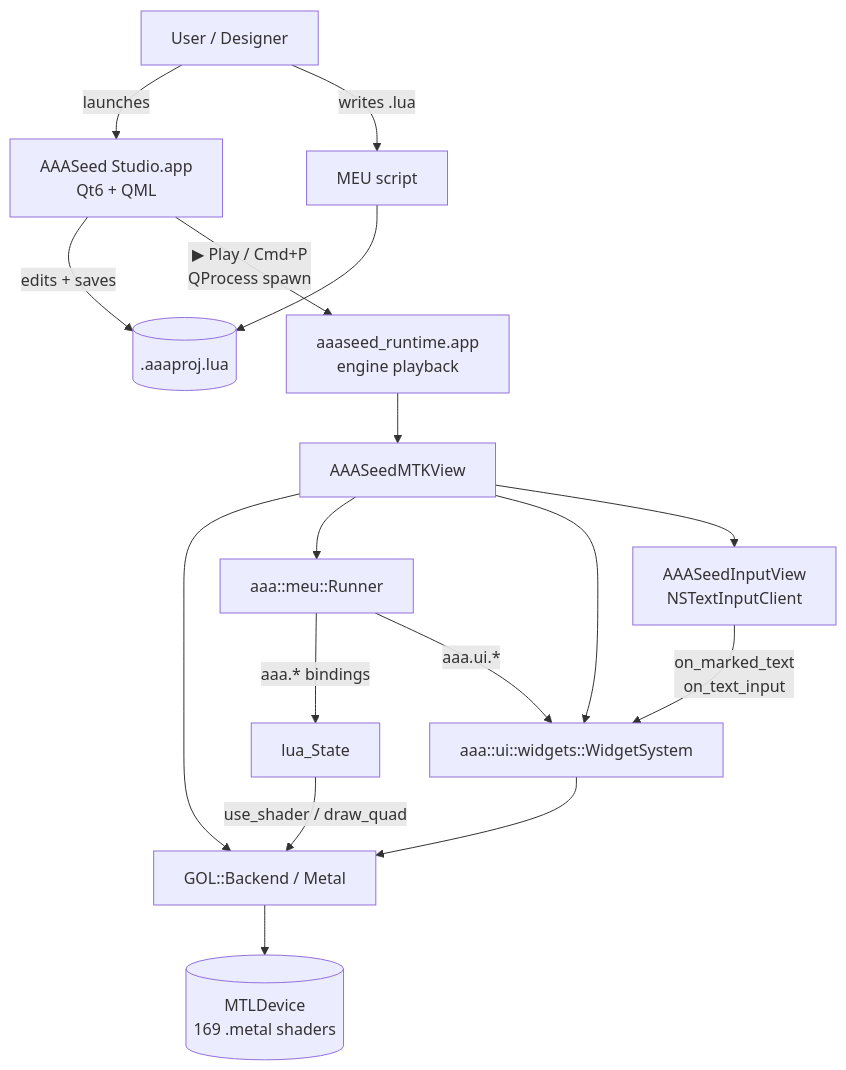
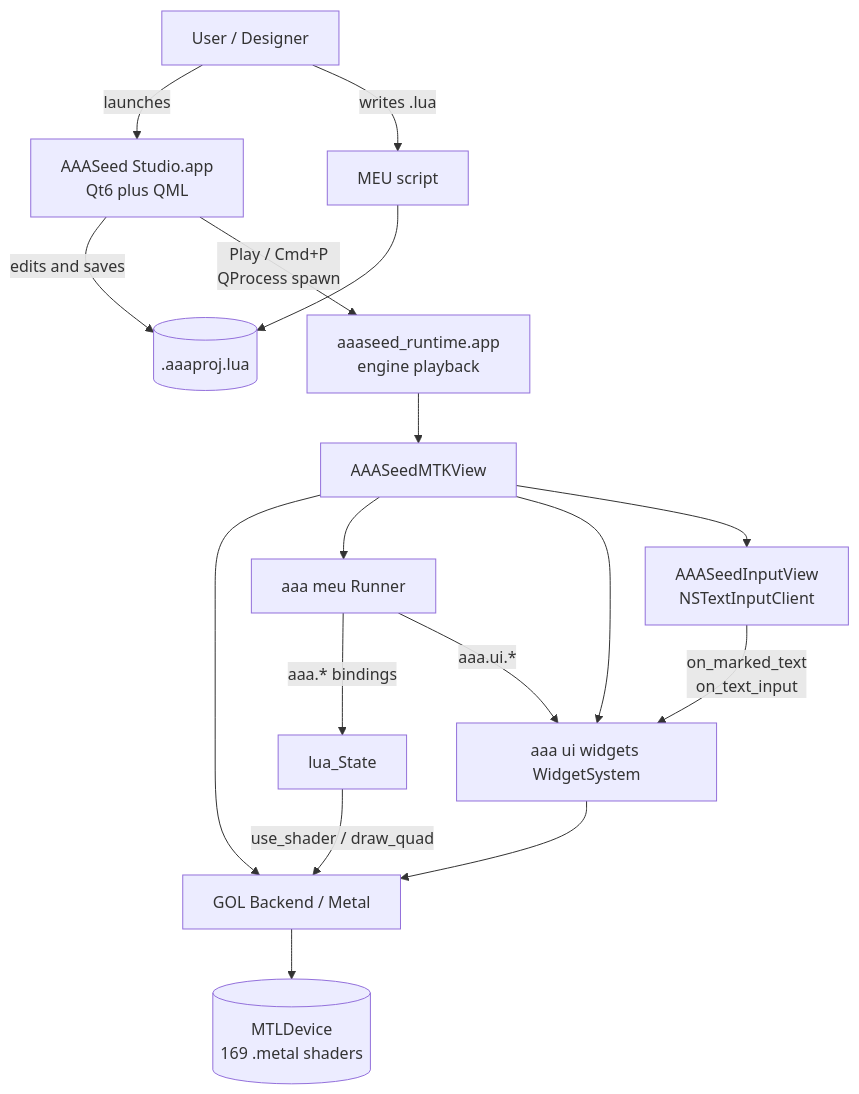
Before and after one commit to SeedeXR/aaaseed-for-mac: the diagram in docs/index.md, drawn with Mermaid. The commit also changed 2 other files, not shown here.

Commit message:
update:docs

````diff
--- a/docs/index.md
+++ b/docs/index.md
@@ -54,19 +54,19 @@
 ```mermaid
 flowchart TD
-    User[User / Designer] -->|launches| Studio[AAASeed Studio.app<br/>Qt6 + QML]
-    Studio -->|edits + saves| Proj[(.aaaproj.lua)]
-    Studio -->|▶ Play / Cmd+P<br/>QProcess spawn| Runtime[aaaseed_runtime.app<br/>engine playback]
-    User -->|writes .lua| MEU[MEU script]
+    User["User / Designer"] -->|launches| Studio["AAASeed Studio.app<br>Qt6 plus QML"]
+    Studio -->|edits and saves| Proj[(".aaaproj.lua")]
+    Studio -->|"Play / Cmd+P<br>QProcess spawn"| Runtime["aaaseed_runtime.app<br>engine playback"]
+    User -->|writes .lua| MEU["MEU script"]
     MEU --> Proj
-    Runtime --> View[AAASeedMTKView]
-    View --> Backend[GOL::Backend / Metal]
-    View --> Runner[aaa::meu::Runner]
-    View --> Widgets[aaa::ui::widgets::WidgetSystem]
-    View --> InputView[AAASeedInputView<br/>NSTextInputClient]
-    Runner -->|aaa.* bindings| Lua[lua_State]
-    Lua -->|use_shader / draw_quad| Backend
-    Runner -->|aaa.ui.*| Widgets
+    Runtime --> View["AAASeedMTKView"]
+    View --> Backend["GOL Backend / Metal"]
+    View --> Runner["aaa meu Runner"]
+    View --> Widgets["aaa ui widgets WidgetSystem"]
+    View --> InputView["AAASeedInputView<br>NSTextInputClient"]
+    Runner -->|"aaa.* bindings"| Lua["lua_State"]
+    Lua -->|"use_shader / draw_quad"| Backend
+    Runner -->|"aaa.ui.*"| Widgets
     Widgets --> Backend
-    InputView -->|on_marked_text<br/>on_text_input| Widgets
-    Backend --> Metal[(MTLDevice<br/>169 .metal shaders)]
+    InputView -->|"on_marked_text<br>on_text_input"| Widgets
+    Backend --> Metal[("MTLDevice<br>169 .metal shaders")]
 ```
````
